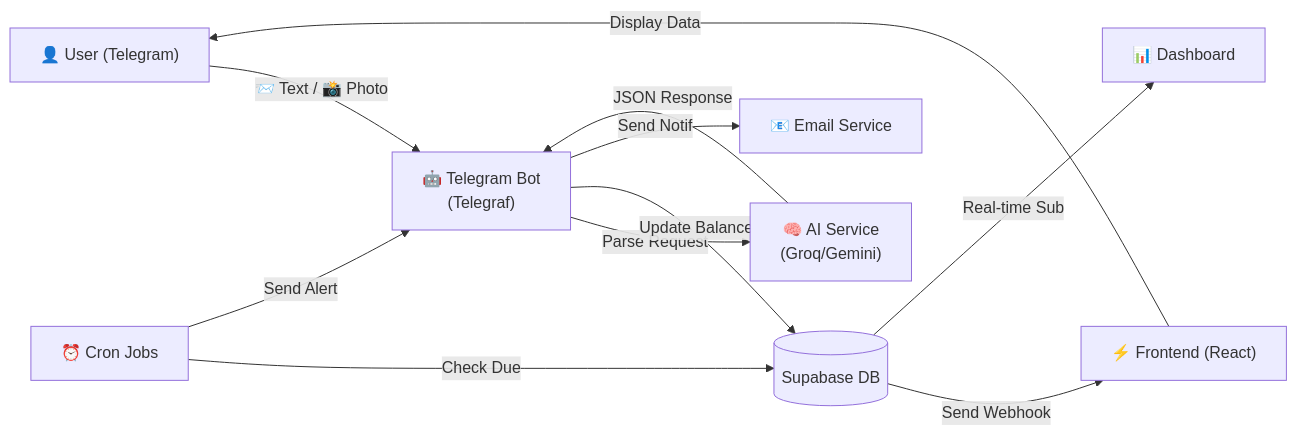
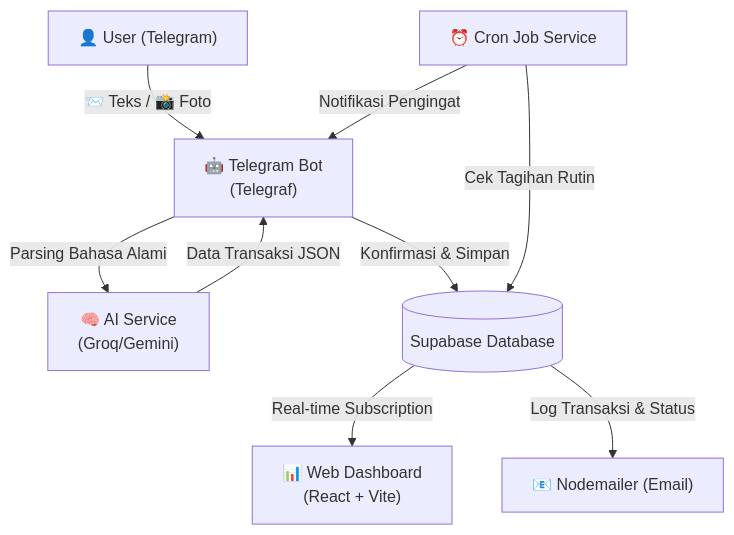
One commit to qih47/MonifyAssistant changed the diagram in README.md. Above: the diagram before and after it, drawn with Mermaid. The commit also changed other lines of this file and 2 other files, not shown here.

````diff
--- a/README.md
+++ b/README.md
@@ -309,13 +18,11 @@
 ```mermaid
-graph LR
-    A["👤 User (Telegram)"] -->|"📨 Text / 📸 Photo"| B["🤖 Telegram Bot<br/>(Telegraf)"]
-    B -->|"Parse Request"| C["🧠 AI Service<br/>(Groq/Gemini)"]
-    C -->|"JSON Response"| B
-    B -->|"Update Balance"| D[(Supabase DB)]
-    D -->|"Send Webhook"| E["⚡ Frontend (React)"]
-    E -->|"Display Data"| A
-    D -->|"Real-time Sub"| F["📊 Dashboard"]
-    B -->|"Send Notif"| G["📧 Email Service"]
-    H["⏰ Cron Jobs"] -->|"Check Due"| D
-    H -->|"Send Alert"| B
+graph TD
+    A["👤 User (Telegram)"] -->|"📨 Teks / 📸 Foto"| B["🤖 Telegram Bot<br/>(Telegraf)"]
+    B -->|"Parsing Bahasa Alami"| C["🧠 AI Service<br/>(Groq/Gemini)"]
+    C -->|"Data Transaksi JSON"| B
+    B -->|"Konfirmasi & Simpan"| D[(Supabase Database)]
+    D -->|"Real-time Subscription"| E["📊 Web Dashboard<br/>(React + Vite)"]
+    D -->|"Log Transaksi & Status"| G["📧 Nodemailer (Email)"]
+    H["⏰ Cron Job Service"] -->|"Cek Tagihan Rutin"| D
+    H -->|"Notifikasi Pengingat"| B
 ```
````
